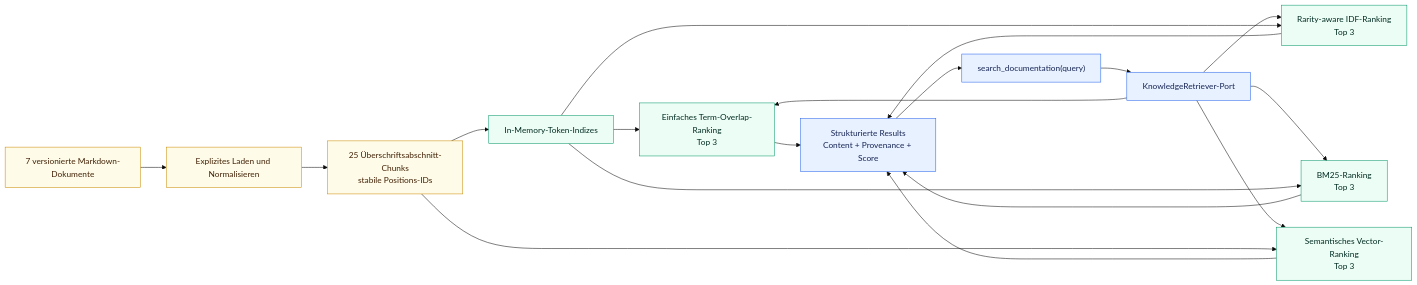
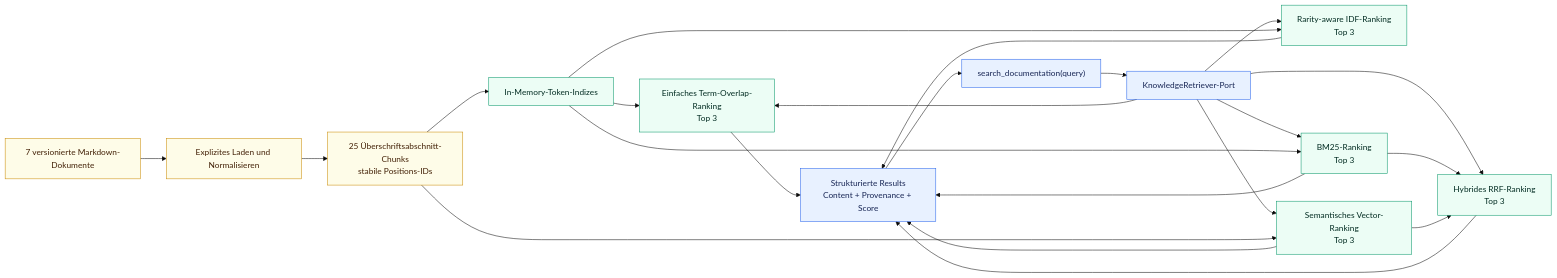
Before and after one commit to aboerzel/industrial-ai-agent: the second of 11 diagrams in docs/architecture/overview.de.md, drawn with Mermaid (base theme). The commit also changed other lines of this file and 8 other files, not shown here.

````diff
--- a/docs/architecture/overview.de.md
+++ b/docs/architecture/overview.de.md
@@ -100,27 +104,31 @@
 ```mermaid
 flowchart LR
     Docs["7 versionierte Markdown-Dokumente"] --> Load["Explizites Laden und Normalisieren"]
     Load --> Chunk["25 Überschriftsabschnitt-Chunks<br/>stabile Positions-IDs"]
     Chunk --> Index["In-Memory-Token-Indizes"]
     Query["search_documentation(query)"] --> Port["KnowledgeRetriever-Port"]
     Port --> Simple["Einfaches Term-Overlap-Ranking<br/>Top 3"]
     Port --> IDFSearch["Rarity-aware IDF-Ranking<br/>Top 3"]
     Port --> BM25Search["BM25-Ranking<br/>Top 3"]
     Port --> SemanticSearch["Semantisches Vector-Ranking<br/>Top 3"]
+    Port --> HybridSearch["Hybrides RRF-Ranking<br/>Top 3"]
     Index --> Simple
     Index --> IDFSearch
     Index --> BM25Search
     Chunk --> SemanticSearch
+    BM25Search --> HybridSearch
+    SemanticSearch --> HybridSearch
     Simple --> Results["Strukturierte Results<br/>Content + Provenance + Score"]
     IDFSearch --> Results
     BM25Search --> Results
     SemanticSearch --> Results
+    HybridSearch --> Results
     Results --> Query
 
     classDef data fill:#fefce8,stroke:#ca8a04,color:#422006
     classDef core fill:#e8f1ff,stroke:#2563eb,color:#172554
     classDef adapter fill:#ecfdf5,stroke:#059669,color:#022c22
     class Docs,Load,Chunk data
     class Query,Port,Results core
-    class Index,Simple,IDFSearch,BM25Search,SemanticSearch adapter
+    class Index,Simple,IDFSearch,BM25Search,SemanticSearch,HybridSearch adapter
 ```
````
